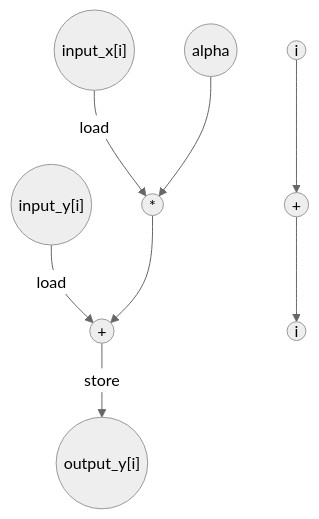
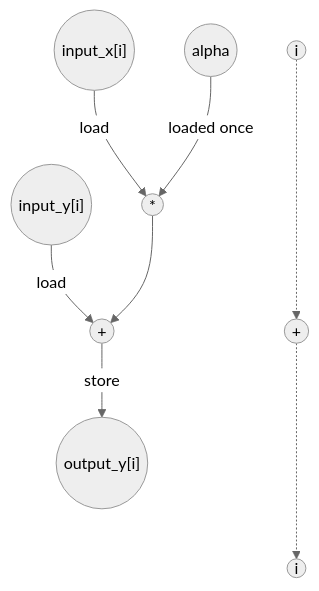
One commit to PolyArch/loom changed the diagram in tests/app/axpy/axpy_eval.md. Above: the diagram before and after it, drawn with Mermaid (neutral theme). The commit also changed other lines of this file and 3 other files, not shown here.

````diff
--- a/tests/app/axpy/axpy_eval.md
+++ b/tests/app/axpy/axpy_eval.md
@@ -14,32 +28,32 @@
 ```mermaid
 graph TD
     %% Define the input nodes
     i_in(("i"))
     alpha(("alpha"))
     xi(("input_x[i]"))
     yi(("input_y[i]"))
 
     %% Define the computation nodes
     mult((" * "))
     add((" + "))
     addi((" + "))
     
     %% Define the final output
     i_out(("i"))
     outputy(("output_y[i]"))
 
     %% Inner loop dependencies
     xi -->|load| mult
     yi -->|load| add
-    alpha --> mult
+    alpha -->|loaded once| mult
     mult --> add
 
     %% Accumulator dependency
     add -->|store| outputy
 
     %% Iterator dependency
-    i_in --> addi
-    addi --> i_out
+    i_in -..-> addi
+    addi -..-> i_out
 
     %% Critical Path N/A
 ```
````
